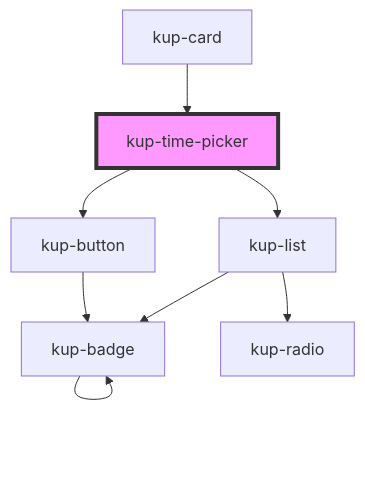
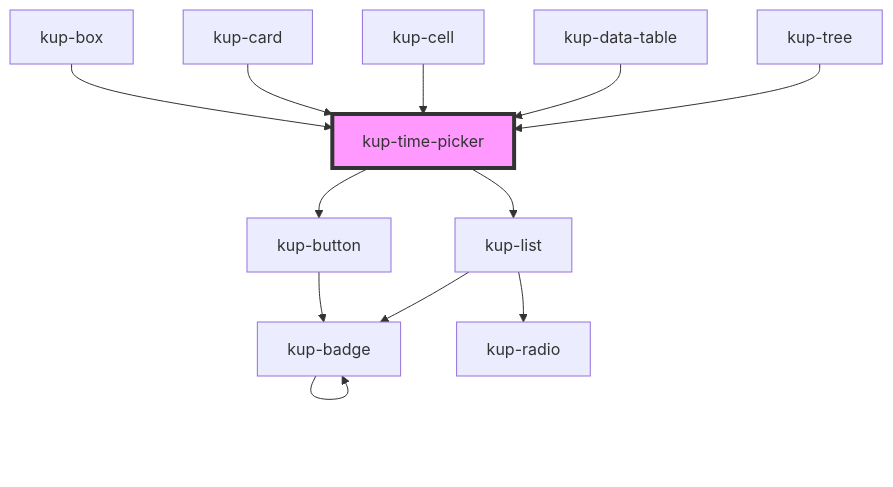
Before and after one commit to smeup/ketchup: the diagram in packages/ketchup/src/components/kup-time-picker/readme.md, drawn with Mermaid. The commit also changed other lines of this file and 5 other files, not shown here.

````diff
--- a/packages/ketchup/src/components/kup-time-picker/readme.md
+++ b/packages/ketchup/src/components/kup-time-picker/readme.md
@@ -109,11 +113,15 @@
 ```mermaid
 graph TD;
   kup-time-picker --> kup-button
   kup-time-picker --> kup-list
   kup-button --> kup-badge
   kup-badge --> kup-badge
   kup-list --> kup-radio
   kup-list --> kup-badge
+  kup-box --> kup-time-picker
   kup-card --> kup-time-picker
+  kup-cell --> kup-time-picker
+  kup-data-table --> kup-time-picker
+  kup-tree --> kup-time-picker
   style kup-time-picker fill:#f9f,stroke:#333,stroke-width:4px
 ```
````
